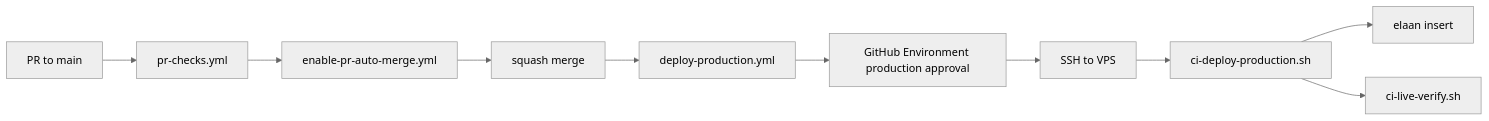
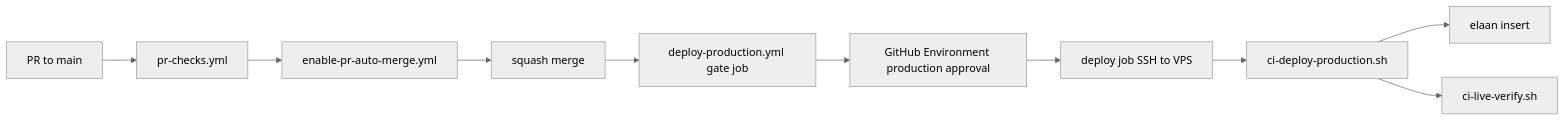
One commit to jawadrao5555-alt/taxnest changed the diagram in docs/architecture/21-deployment.md. Above: the diagram before and after it, drawn with Mermaid (neutral theme). The commit also changed other lines of this file and 15 other files, not shown here.

````diff
--- a/docs/architecture/21-deployment.md
+++ b/docs/architecture/21-deployment.md
@@ -5,12 +5,12 @@
 ```mermaid
 flowchart LR
   PR[PR to main] --> Checks[pr-checks.yml]
   Checks --> Auto[enable-pr-auto-merge.yml]
   Auto --> Merge[squash merge]
-  Merge --> Deploy[deploy-production.yml]
-  Deploy --> Env[GitHub Environment production approval]
-  Env --> SSH[SSH to VPS]
+  Merge --> Gate[deploy-production.yml gate job]
+  Gate --> Env[GitHub Environment production approval]
+  Env --> SSH[deploy job SSH to VPS]
   SSH --> Script[ci-deploy-production.sh]
   Script --> Elaan[elaan insert]
   Script --> Verify[ci-live-verify.sh]
 ```
````
